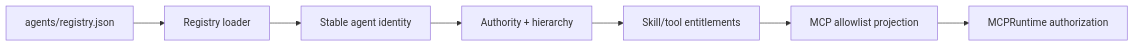
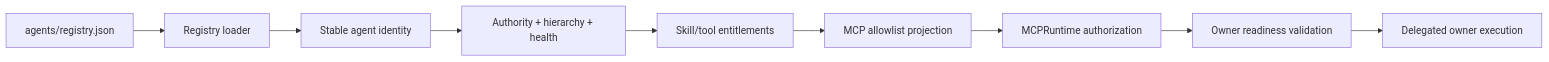
Before and after one commit to mkleinbe/mesh-ai-agent-cos-universe: the diagram in docs/agent-registry.md, drawn with Mermaid. The commit also changed other lines of this file, not shown here.

Commit message:
docs: make executable owner path part of registry readiness

````diff
--- a/docs/agent-registry.md
+++ b/docs/agent-registry.md
@@ -26,9 +26,11 @@
 ```mermaid
 flowchart LR
     J[agents/registry.json] --> LOAD[Registry loader]
     LOAD --> ID[Stable agent identity]
-    ID --> AUTH[Authority + hierarchy]
+    ID --> AUTH[Authority + hierarchy + health]
     AUTH --> SK[Skill/tool entitlements]
     SK --> MCP[MCP allowlist projection]
     MCP --> RT[MCPRuntime authorization]
+    RT --> RD[Owner readiness validation]
+    RD --> DX[Delegated owner execution]
 ```
````
